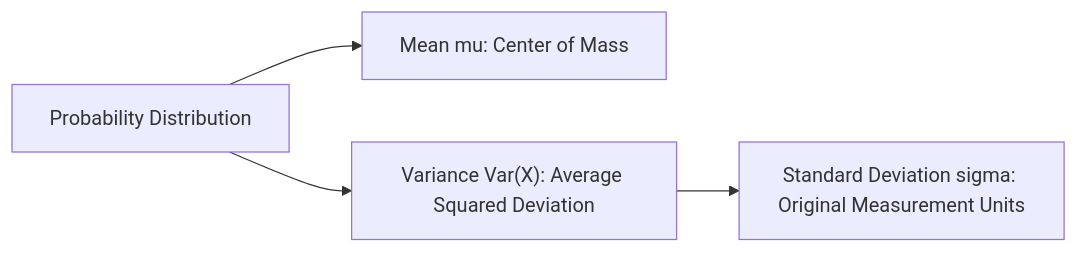
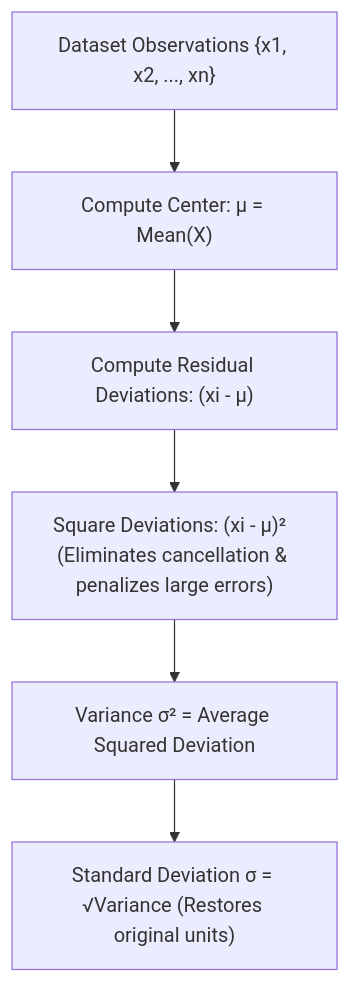
One commit to S1h2i3v4a/AI_ML changed the diagram in lecture_20/Notes_20.16/README.md. Above: the diagram before and after it, drawn with Mermaid. The commit also changed other lines of this file and 203 other files, not shown here.

Commit message:
docs(lectures 19-21): align notes with video lectures, add blackboard diagrams, clean structured functions, and compile vector PDFs

````diff
--- a/lecture_20/Notes_20.16/README.md
+++ b/lecture_20/Notes_20.16/README.md
@@ -14,6 +10,8 @@
 ```mermaid
-flowchart LR
-    A["Probability Distribution"] --> B["Mean mu: Center of Mass"]
-    A --> C["Variance Var(X): Average Squared Deviation"]
-    C --> D["Standard Deviation sigma: Original Measurement Units"]
+flowchart TD
+    Data["Dataset Observations {x1, x2, ..., xn}"] --> Mean["Compute Center: μ = Mean(X)"]
+    Mean --> Diff["Compute Residual Deviations: (xi - μ)"]
+    Diff --> Square["Square Deviations: (xi - μ)²  (Eliminates cancellation & penalizes large errors)"]
+    Square --> Var["Variance σ² = Average Squared Deviation"]
+    Var --> Std["Standard Deviation σ = √Variance (Restores original units)"]
 ```
````
